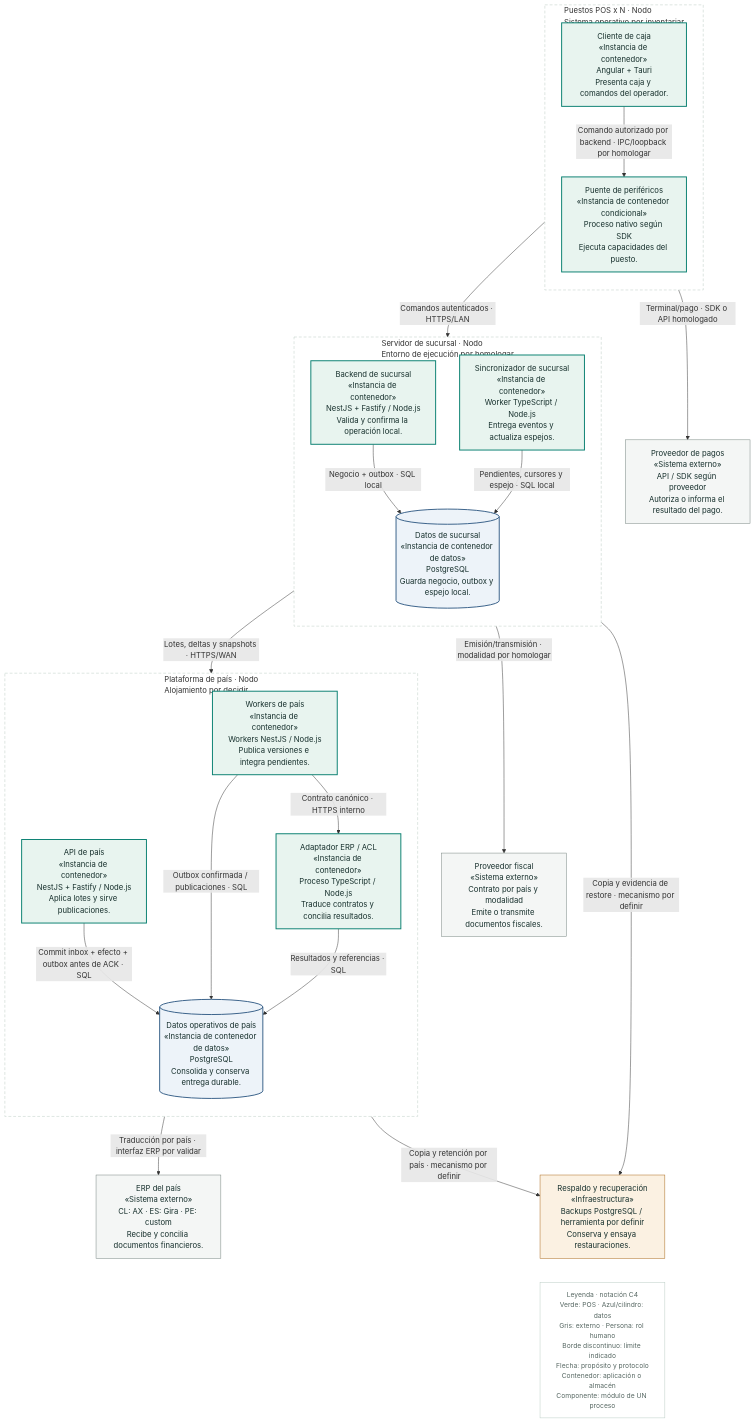
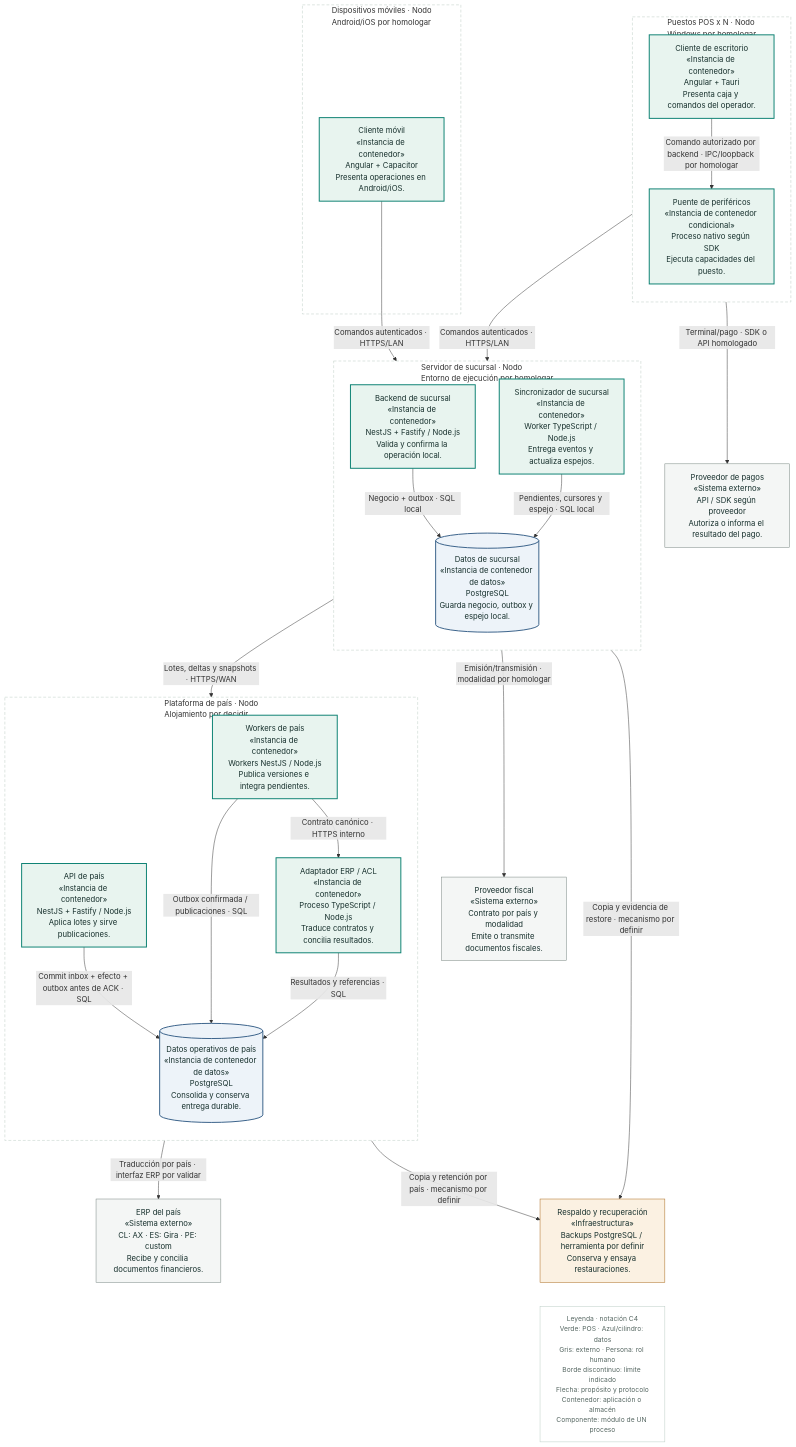
The diagram in docs/diagramas-excalidraw/mermaid/c4-deployment.mmd (floxcristian/pos-platform), drawn with Mermaid before and after one commit. The commit also changed 70 other files, not shown here.

Commit message:
docs(architecture): document native clients and agreed shared structure

```diff
--- a/docs/diagramas-excalidraw/mermaid/c4-deployment.mmd
+++ b/docs/diagramas-excalidraw/mermaid/c4-deployment.mmd
@@ -1,51 +1,56 @@
 flowchart TB
     accTitle: Complemento · Despliegue — Dónde corre cada pieza
     accDescr: Entorno objetivo de referencia: una tienda y una plataforma por país. No describe servidores o proveedores cloud ya contratados. Varias cajas comparten servidor y PostgreSQL de sucursal. Sin WAN puede continuar la operación autorizada; sin LAN o escritor, no se crea otra autoridad en cada puesto.
-    subgraph terminalNode["Puestos POS x N · Nodo<br/>Sistema operativo por inventariar"]
+    subgraph terminalNode["Puestos POS x N · Nodo<br/>Windows por homologar"]
         direction TB
-        client["Cliente de caja<br/>«Instancia de contenedor»<br/>Angular + Tauri<br/>Presenta caja y comandos del operador."]:::pos
+        client["Cliente de escritorio<br/>«Instancia de contenedor»<br/>Angular + Tauri<br/>Presenta caja y comandos del operador."]:::pos
         device["Puente de periféricos<br/>«Instancia de contenedor condicional»<br/>Proceso nativo según SDK<br/>Ejecuta capacidades del puesto."]:::pos
+    end
+    subgraph mobileNode["Dispositivos móviles · Nodo<br/>Android/iOS por homologar"]
+        mobileClient["Cliente móvil<br/>«Instancia de contenedor»<br/>Angular + Capacitor<br/>Presenta operaciones en Android/iOS."]:::pos
     end
     subgraph serverNode["Servidor de sucursal · Nodo<br/>Entorno de ejecución por homologar"]
         direction TB
         branchApi["Backend de sucursal<br/>«Instancia de contenedor»<br/>NestJS + Fastify / Node.js<br/>Valida y confirma la operación local."]:::pos
         syncWorker["Sincronizador de sucursal<br/>«Instancia de contenedor»<br/>Worker TypeScript / Node.js<br/>Entrega eventos y actualiza espejos."]:::pos
         branchDb[("Datos de sucursal<br/>«Instancia de contenedor de datos»<br/>PostgreSQL<br/>Guarda negocio, outbox y espejo local.")]:::store
     end
     subgraph countryNode["Plataforma de país · Nodo<br/>Alojamiento por decidir"]
         direction TB
         countryApi["API de país<br/>«Instancia de contenedor»<br/>NestJS + Fastify / Node.js<br/>Aplica lotes y sirve publicaciones."]:::pos
         countryWorker["Workers de país<br/>«Instancia de contenedor»<br/>Workers NestJS / Node.js<br/>Publica versiones e integra pendientes."]:::pos
         erpAdapter["Adaptador ERP / ACL<br/>«Instancia de contenedor»<br/>Proceso TypeScript / Node.js<br/>Traduce contratos y concilia resultados."]:::pos
         countryDb[("Datos operativos de país<br/>«Instancia de contenedor de datos»<br/>PostgreSQL<br/>Consolida y conserva entrega durable.")]:::store
     end
     erp["ERP del país<br/>«Sistema externo»<br/>CL: AX · ES: Gira · PE: custom<br/>Recibe y concilia documentos financieros."]:::external
     payments["Proveedor de pagos<br/>«Sistema externo»<br/>API / SDK según proveedor<br/>Autoriza o informa el resultado del pago."]:::external
     fiscal["Proveedor fiscal<br/>«Sistema externo»<br/>Contrato por país y modalidad<br/>Emite o transmite documentos fiscales."]:::external
     backup["Respaldo y recuperación<br/>«Infraestructura»<br/>Backups PostgreSQL / herramienta por definir<br/>Conserva y ensaya restauraciones."]:::infra
     legend["Leyenda · notación C4<br/>Verde: POS · Azul/cilindro: datos<br/>Gris: externo · Persona: rol humano<br/>Borde discontinuo: límite indicado<br/>Flecha: propósito y protocolo<br/>Contenedor: aplicación o almacén<br/>Componente: módulo de UN proceso"]:::key
     client -->|"Comandos autenticados · HTTPS/LAN"| branchApi
+    mobileClient -->|"Comandos autenticados · HTTPS/LAN"| branchApi
     client -->|"Comando autorizado por backend · IPC/loopback por homologar"| device
     branchApi -->|"Negocio + outbox · SQL local"| branchDb
     syncWorker -->|"Pendientes, cursores y espejo · SQL local"| branchDb
     syncWorker -->|"Lotes, deltas y snapshots · HTTPS/WAN"| countryApi
     countryApi -->|"Commit inbox + efecto + outbox antes de ACK · SQL"| countryDb
     countryWorker -->|"Outbox confirmada / publicaciones · SQL"| countryDb
     countryWorker -->|"Contrato canónico · HTTPS interno"| erpAdapter
     erpAdapter -->|"Traducción por país · interfaz ERP por validar"| erp
     erpAdapter -->|"Resultados y referencias · SQL"| countryDb
     device -->|"Terminal/pago · SDK o API homologado"| payments
     branchApi -->|"Emisión/transmisión · modalidad por homologar"| fiscal
     branchDb -->|"Copia y evidencia de restore · mecanismo por definir"| backup
     countryDb -->|"Copia y retención por país · mecanismo por definir"| backup
     %% Keep the reading key outside the deployment nodes; this is a layout constraint.
     backup ~~~ legend
     classDef pos fill:#e8f4ef,stroke:#087f70,color:#17302d,stroke-width:2px
     classDef store fill:#edf3f9,stroke:#365f87,color:#17302d,stroke-width:2px
     classDef external fill:#f4f6f5,stroke:#74827d,color:#17302d
     classDef person fill:#152d2b,stroke:#152d2b,color:#ffffff
     classDef infra fill:#fbf1e2,stroke:#a86516,color:#17302d
     classDef key fill:#ffffff,stroke:#b9cbc3,color:#566762,font-size:14px
     style terminalNode fill:#ffffff,stroke:#b9cbc3,stroke-dasharray:6 4
+    style mobileNode fill:#ffffff,stroke:#b9cbc3,stroke-dasharray:6 4
     style serverNode fill:#ffffff,stroke:#b9cbc3,stroke-dasharray:6 4
     style countryNode fill:#ffffff,stroke:#b9cbc3,stroke-dasharray:6 4
```
